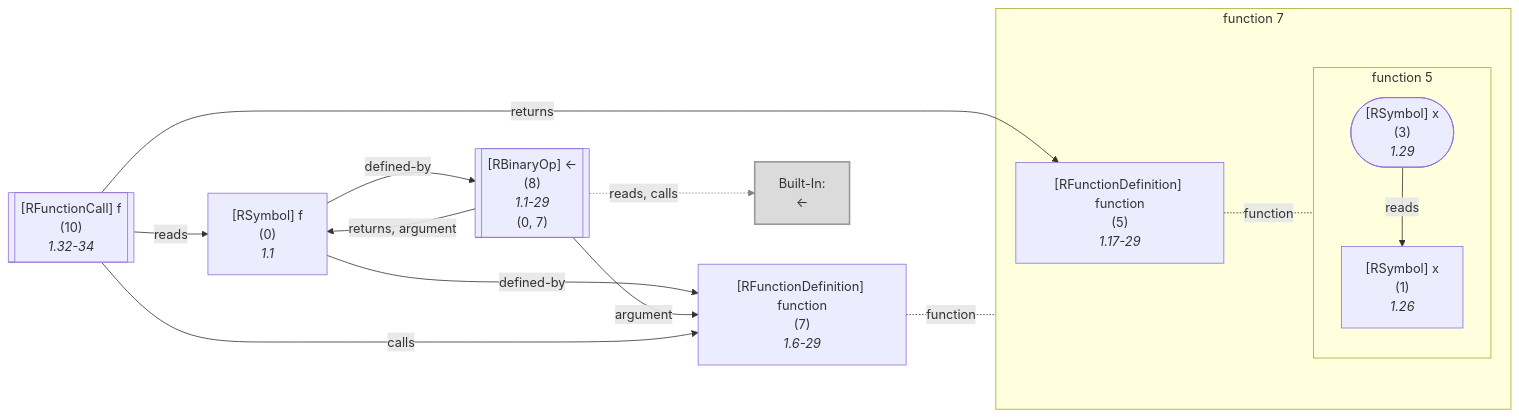
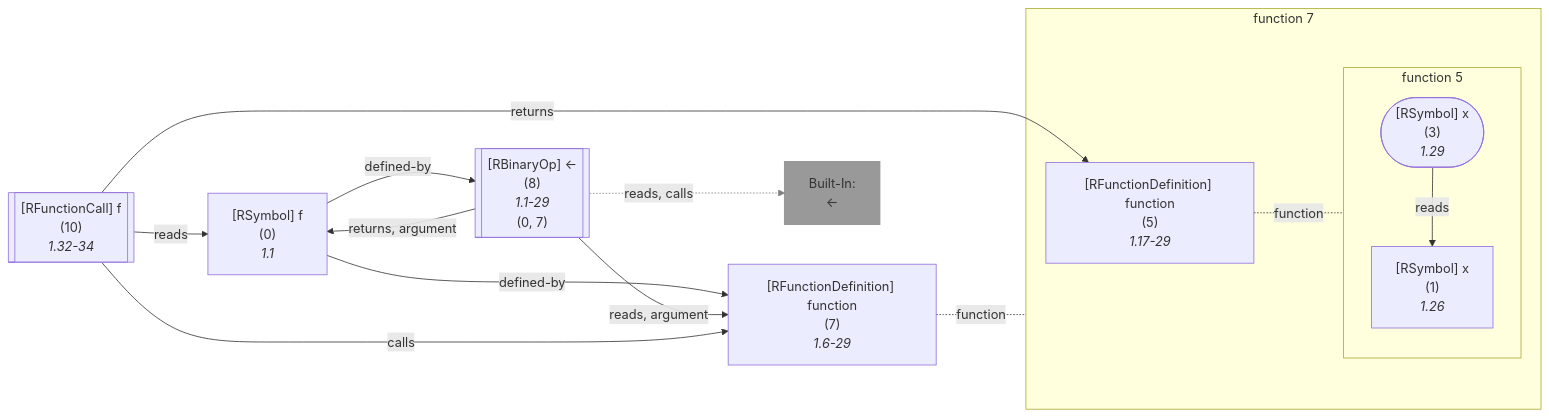
Diagram 12 of 17 in wiki/Query API.md (flowr-analysis/flowr), drawn with Mermaid before and after one commit. The commit also changed other lines of this file and 18 other files, not shown here.

````diff
--- a/wiki/Query API.md
+++ b/wiki/Query API.md
@@ -4318,56 +4486,56 @@
 ```mermaid
 flowchart LR
     7["`#91;RFunctionDefinition#93; function
       (7)
       *1.6-29*`"]
 
 subgraph "flow-7" [function 7]
     %% Environment of 5 [level: 1]:
     %% Built-in
-    %% 1293----------------------------------------
-    %% 1294----------------------------------------
+    %% 3334----------------------------------------
+    %% 3335----------------------------------------
     5["`#91;RFunctionDefinition#93; function
       (5)
       *1.17-29*`"]
 
 subgraph "flow-5" [function 5]
     1["`#91;RSymbol#93; x
       (1)
       *1.26*`"]
     3(["`#91;RSymbol#93; x
       (3)
       *1.29*`"])
 end
 end
     0["`#91;RSymbol#93; f
       (0)
       *1.1*`"]
     8[["`#91;RBinaryOp#93; #60;#45;
       (8)
       *1.1-29*
     (0, 7)`"]]
     built-in:_-["`Built-In:
 #60;#45;`"]
-    style built-in:_- stroke:gray,fill:lightgray,stroke-width:2px,opacity:.8;
+    style built-in:_- stroke:gray,fill:gray,stroke-width:2px,opacity:.8;
     %% Environment of 10 [level: 0]:
     %% Built-in
-    %% 1310----------------------------------------
+    %% 3351----------------------------------------
     %%   f: {**f** (id: 0, type: Function, def. @8)}
     10[["`#91;RFunctionCall#93; f
       (10)
       *1.32-34*`"]]
     3 -->|"reads"| 1
 5 -.-|function| flow-5
 
 7 -.-|function| flow-7
 
     0 -->|"defined-by"| 7
     0 -->|"defined-by"| 8
-    8 -->|"argument"| 7
+    8 -->|"reads, argument"| 7
     8 -->|"returns, argument"| 0
     8 -.->|"reads, calls"| built-in:_-
     linkStyle 7 stroke:gray;
     10 -->|"reads"| 0
     10 -->|"returns"| 5
     10 -->|"calls"| 7
 ```
````
